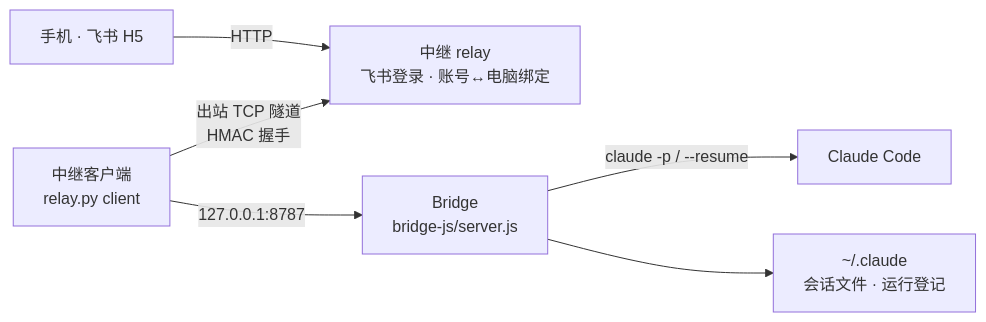
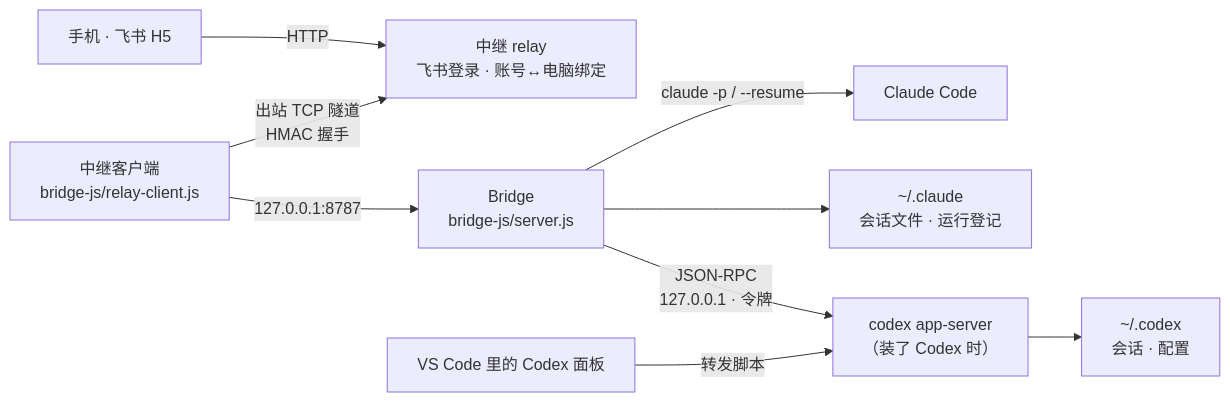
One commit to starrye/claude-code-bridge changed the first of 2 diagrams in README.md. Above: the diagram before and after it, drawn with Mermaid. The commit also changed other lines of this file and 37 other files, not shown here.

Commit message:
feat: 手机上使用 Codex、与编辑器共用会话、命令与技能、草图、图片显示

````diff
--- a/README.md
+++ b/README.md
@@ -60,8 +62,11 @@
 ```mermaid
 flowchart LR
     P["手机 · 飞书 H5"] -->|"HTTP"| R["中继 relay<br/>飞书登录 · 账号↔电脑绑定"]
-    C["中继客户端<br/>relay.py client"] -->|"出站 TCP 隧道<br/>HMAC 握手"| R
+    C["中继客户端<br/>bridge-js/relay-client.js"] -->|"出站 TCP 隧道<br/>HMAC 握手"| R
     C -->|"127.0.0.1:8787"| B["Bridge<br/>bridge-js/server.js"]
     B -->|"claude -p / --resume"| CC["Claude Code"]
     B --> S["~/.claude<br/>会话文件 · 运行登记"]
+    B -->|"JSON-RPC<br/>127.0.0.1 · 令牌"| X["codex app-server<br/>（装了 Codex 时）"]
+    E["VS Code 里的 Codex 面板"] -->|"转发脚本"| X
+    X --> T["~/.codex<br/>会话 · 配置"]
 ```
````
